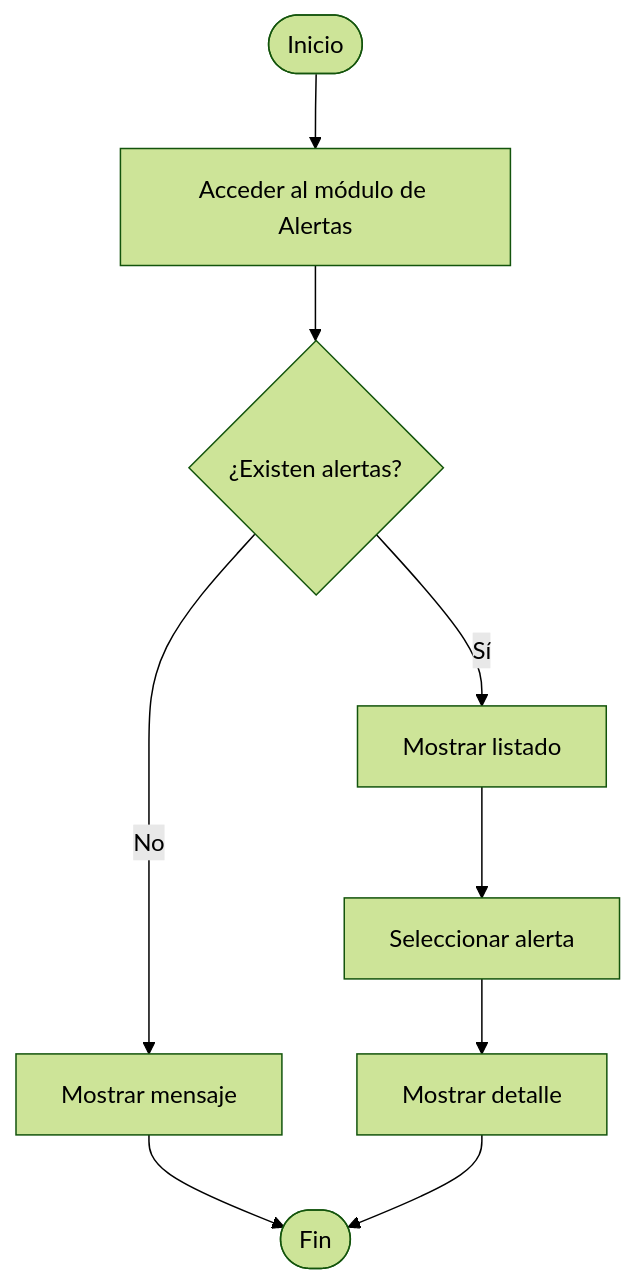
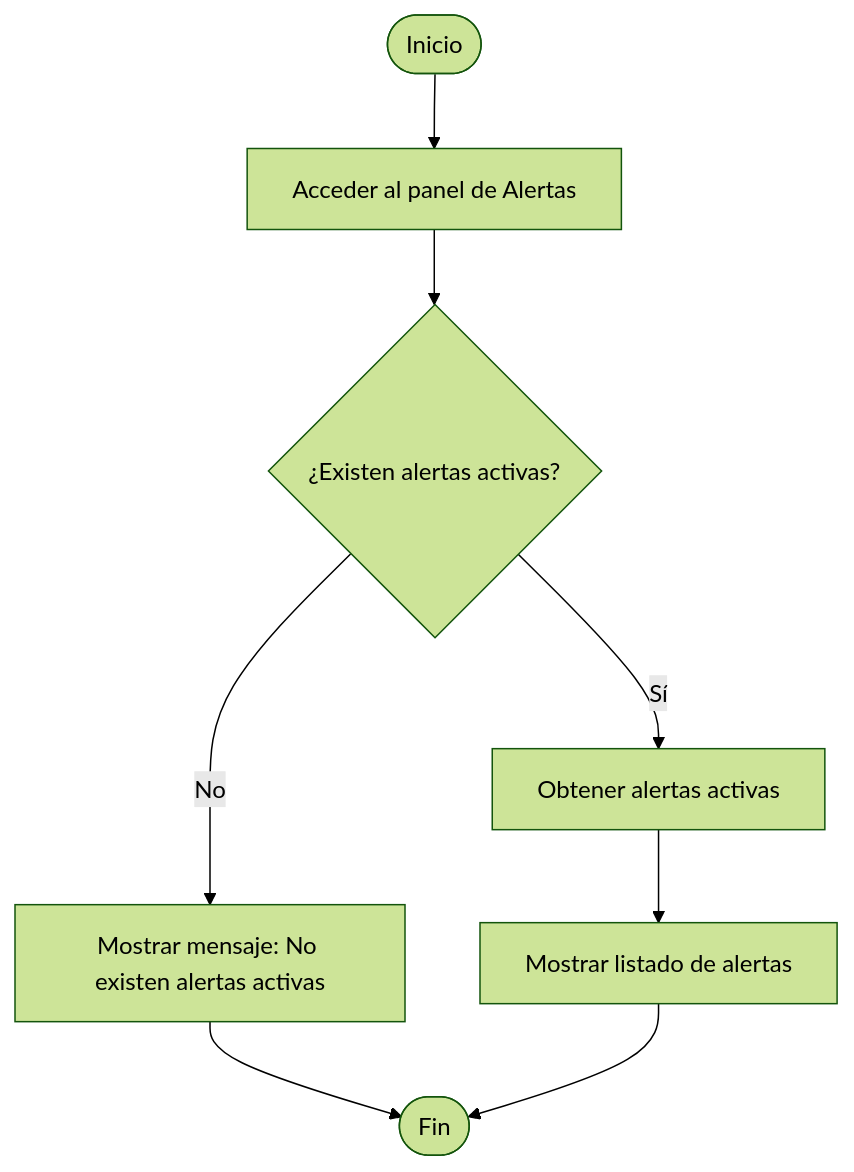
The seventh of 8 diagrams in docs/DOC-07-Diagramas de Actividades.md (acifuinaMar/ClimGuard), drawn with Mermaid (forest theme) before and after one commit. The commit also changed other lines of this file and 15 other files, not shown here.

````diff
--- a/docs/DOC-07-Diagramas de Actividades.md
+++ b/docs/DOC-07-Diagramas de Actividades.md
@@ -333,30 +281,31 @@
 ```mermaid
 flowchart TD
 
 A([Inicio])
 
-B[Acceder al módulo de Alertas]
+B[Acceder al panel de Alertas]
 
-C{¿Existen alertas?}
+C{¿Existen alertas activas?}
 
-D[Mostrar mensaje]
+D[Mostrar mensaje: No existen alertas activas]
 
-E[Mostrar listado]
+E[Obtener alertas activas]
 
-F[Seleccionar alerta]
+F[Mostrar listado de alertas]
 
-G[Mostrar detalle]
-
-H([Fin])
+G([Fin])
 
 A --> B
+
 B --> C
 
 C -- No --> D
-D --> H
+
+D --> G
 
 C -- Sí --> E
+
 E --> F
+
 F --> G
-G --> H
 ```
````
